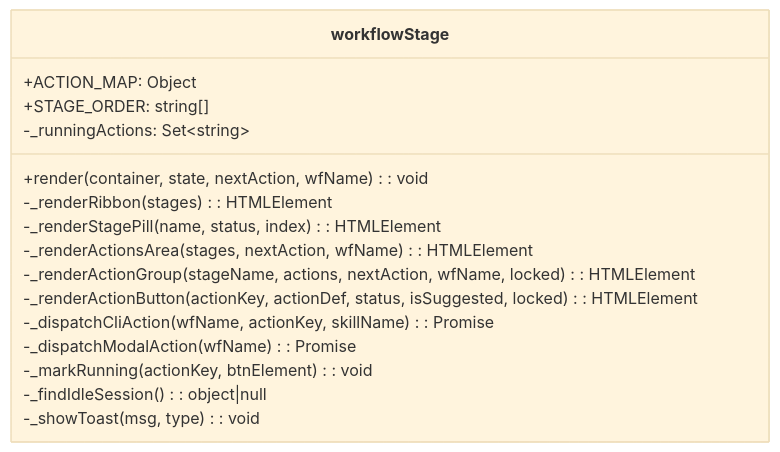
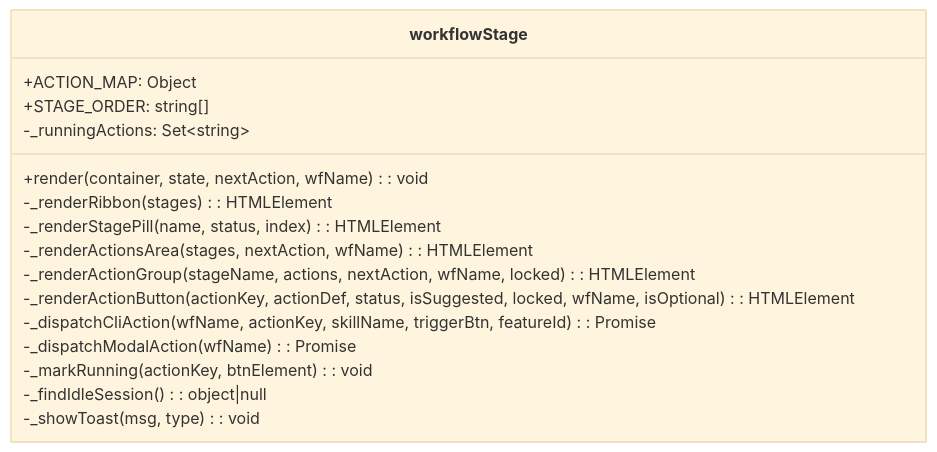
One commit to Young-Z/X-IPE changed the second of 2 diagrams in x-ipe-docs/requirements/EPIC-036/FEATURE-036-C/technical-design.md. Above: the diagram before and after it, drawn with Mermaid (base theme). The commit also changed other lines of this file and 7 other files, not shown here.

````diff
--- a/x-ipe-docs/requirements/EPIC-036/FEATURE-036-C/technical-design.md
+++ b/x-ipe-docs/requirements/EPIC-036/FEATURE-036-C/technical-design.md
@@ -110,19 +110,19 @@
 ```mermaid
 classDiagram
     class workflowStage {
         +ACTION_MAP: Object
         +STAGE_ORDER: string[]
         -_runningActions: Set~string~
         +render(container, state, nextAction, wfName): void
         -_renderRibbon(stages): HTMLElement
         -_renderStagePill(name, status, index): HTMLElement
         -_renderActionsArea(stages, nextAction, wfName): HTMLElement
         -_renderActionGroup(stageName, actions, nextAction, wfName, locked): HTMLElement
-        -_renderActionButton(actionKey, actionDef, status, isSuggested, locked): HTMLElement
-        -_dispatchCliAction(wfName, actionKey, skillName): Promise
+        -_renderActionButton(actionKey, actionDef, status, isSuggested, locked, wfName, isOptional): HTMLElement
+        -_dispatchCliAction(wfName, actionKey, skillName, triggerBtn, featureId): Promise
         -_dispatchModalAction(wfName): Promise
         -_markRunning(actionKey, btnElement): void
         -_findIdleSession(): object|null
         -_showToast(msg, type): void
     }
 ```
````
